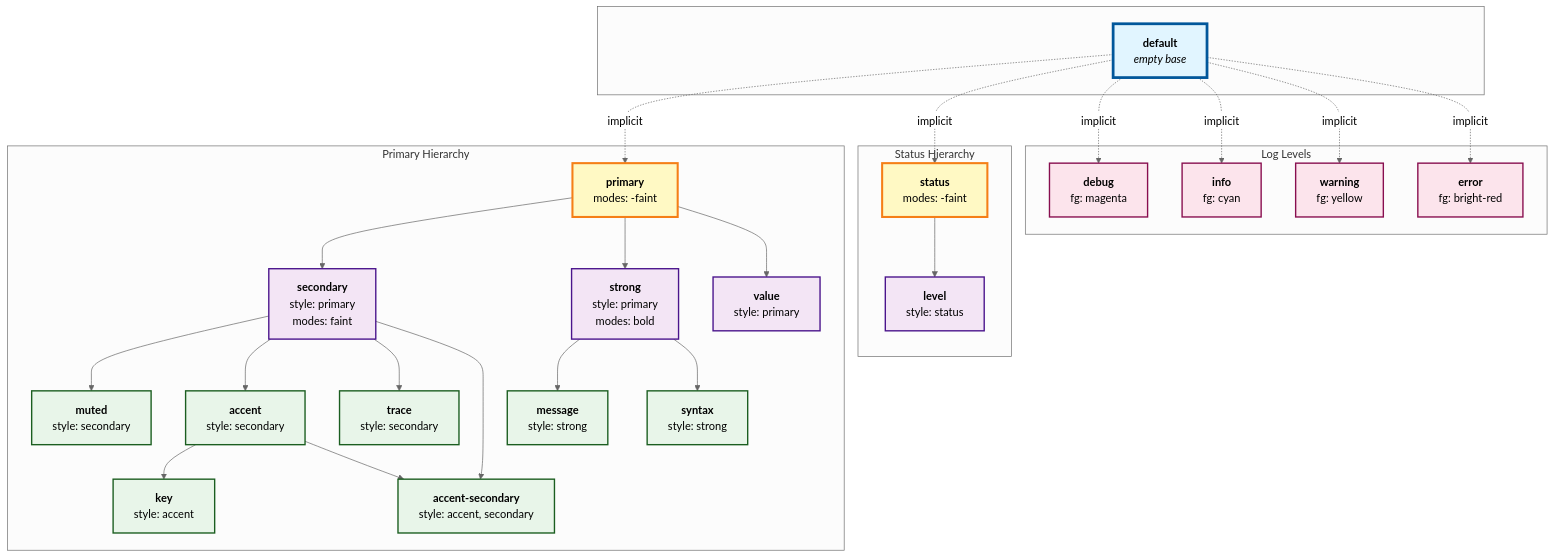
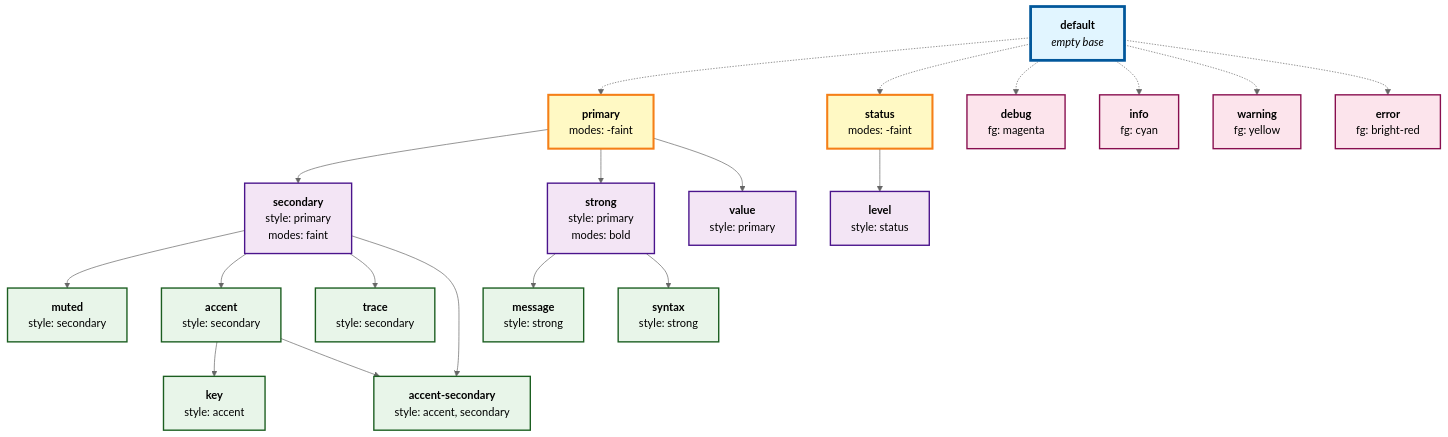
One commit to pamburus/hl changed the diagram in doc/theme-style-roles.mmd. Above: the diagram before and after it, drawn with Mermaid (neutral theme). The commit also changed 1 other file, not shown here.

```diff
--- a/doc/theme-style-roles.mmd
+++ b/doc/theme-style-roles.mmd
@@ -1,109 +1,85 @@
 graph TB
     %% Root - centered at top
     default["<b>default</b><br/><i>empty base</i>"]
 
     %% Tier 1 - Primary hierarchy and independent status
     primary["<b>primary</b><br/>modes: -faint"]
     status["<b>status</b><br/>modes: -faint"]
 
     %% Tier 2 - Primary derivatives
     secondary["<b>secondary</b><br/>style: primary<br/>modes: faint"]
     strong["<b>strong</b><br/>style: primary<br/>modes: bold"]
     value["<b>value</b><br/>style: primary"]
 
     %% Tier 3 - Secondary derivatives (left branch)
     muted["<b>muted</b><br/>style: secondary"]
     accent["<b>accent</b><br/>style: secondary"]
     trace["<b>trace</b><br/>style: secondary"]
 
     %% Tier 3 - Accent derivatives (middle branch)
     key["<b>key</b><br/>style: accent"]
     accsec["<b>accent-secondary</b><br/>style: accent, secondary"]
 
     %% Tier 3 - Strong derivatives (right branch)
     message["<b>message</b><br/>style: strong"]
     syntax["<b>syntax</b><br/>style: strong"]
 
     %% Status derivative
     level["<b>level</b><br/>style: status"]
 
     %% Log level roles - independent (bottom row)
     debug["<b>debug</b><br/>fg: magenta"]
     info["<b>info</b><br/>fg: cyan"]
     warning["<b>warning</b><br/>fg: yellow"]
     error["<b>error</b><br/>fg: bright-red"]
 
     %% Implicit inheritance from default (dotted lines)
-    default -.->|implicit| primary
-    default -.->|implicit| status
-    default -.->|implicit| debug
-    default -.->|implicit| info
-    default -.->|implicit| warning
-    default -.->|implicit| error
+    default -.-> primary
+    default -.-> status
+    default -.-> debug
+    default -.-> info
+    default -.-> warning
+    default -.-> error
 
     %% Primary hierarchy (solid lines)
     primary --> secondary
     primary --> strong
     primary --> value
 
     %% Secondary derivatives
     secondary --> muted
     secondary --> accent
     secondary --> trace
     secondary --> accsec
 
     %% Accent derivatives
     accent --> key
     accent --> accsec
 
     %% Strong derivatives
     strong --> message
     strong --> syntax
 
     %% Status derivative
     status --> level
 
-    %% Subgraph for better organization
-    subgraph " "
-        default
-    end
-
-    subgraph "Primary Hierarchy"
-        primary
-        secondary
-        strong
-        value
-        muted
-        accent
-        trace
-        key
-        accsec
-        message
-        syntax
-    end
-
-    subgraph "Status Hierarchy"
-        status
-        level
-    end
-
-    subgraph "Log Levels"
-        debug
-        info
-        warning
-        error
-    end
+    %% Note: Subgraph titles removed to avoid dark mode readability issues
+    %% Grouping still visible through box boundaries
+    %% - default: root of all styles
+    %% - primary/secondary/strong/value/muted/accent/trace/key/accsec/message/syntax: primary hierarchy
+    %% - status/level: status hierarchy
+    %% - debug/info/warning/error: independent log level styles
 
     %% Style definitions
-    classDef root fill:#e1f5ff,stroke:#01579b,stroke-width:4px
-    classDef tier1 fill:#fff9c4,stroke:#f57f17,stroke-width:3px
-    classDef tier2 fill:#f3e5f5,stroke:#4a148c,stroke-width:2px
-    classDef tier3 fill:#e8f5e9,stroke:#1b5e20,stroke-width:2px
-    classDef independent fill:#fff3e0,stroke:#e65100,stroke-width:2px
-    classDef loglevel fill:#fce4ec,stroke:#880e4f,stroke-width:2px
+    classDef root fill:#e1f5ff,stroke:#01579b,stroke-width:4px,color:#000
+    classDef tier1 fill:#fff9c4,stroke:#f57f17,stroke-width:3px,color:#000
+    classDef tier2 fill:#f3e5f5,stroke:#4a148c,stroke-width:2px,color:#000
+    classDef tier3 fill:#e8f5e9,stroke:#1b5e20,stroke-width:2px,color:#000
+    classDef independent fill:#fff3e0,stroke:#e65100,stroke-width:2px,color:#000
+    classDef loglevel fill:#fce4ec,stroke:#880e4f,stroke-width:2px,color:#000
 
     class default root
     class primary,status tier1
     class secondary,strong,value,level tier2
     class muted,accent,trace,key,accsec,message,syntax tier3
     class debug,info,warning,error loglevel
```
